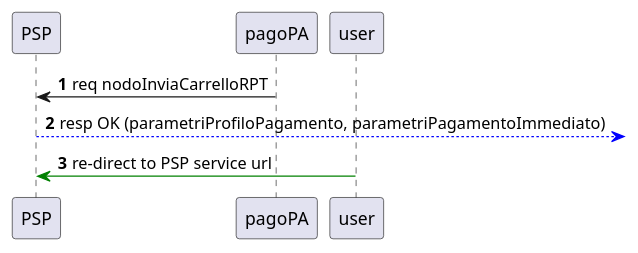
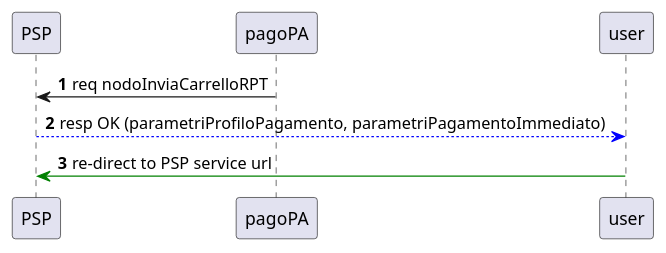
One commit to pagopa-archive/pagopa-specifichepagamenti-docs changed the diagram in puml-diagrams/sd_psp_online.puml. Above: the diagram before and after it, drawn with PlantUML. The commit also changed 67 other files, not shown here.

Commit message:
generate diagrams and rst

```diff
--- a/puml-diagrams/sd_psp_online.puml
+++ b/puml-diagrams/sd_psp_online.puml
@@ -1,9 +1,9 @@
 autonumber 
 participant psp  as "PSP"
 participant nodo as "pagoPA"
 participant user 
 
 nodo -> psp : req nodoInviaCarrelloRPT
-psp -[#blue]-> : resp OK (parametriProfiloPagamento, parametriPagamentoImmediato)
+psp -[#blue]-> user : resp OK (parametriProfiloPagamento, parametriPagamentoImmediato)
 
 user -[#green]> psp : re-direct to PSP service url
```
